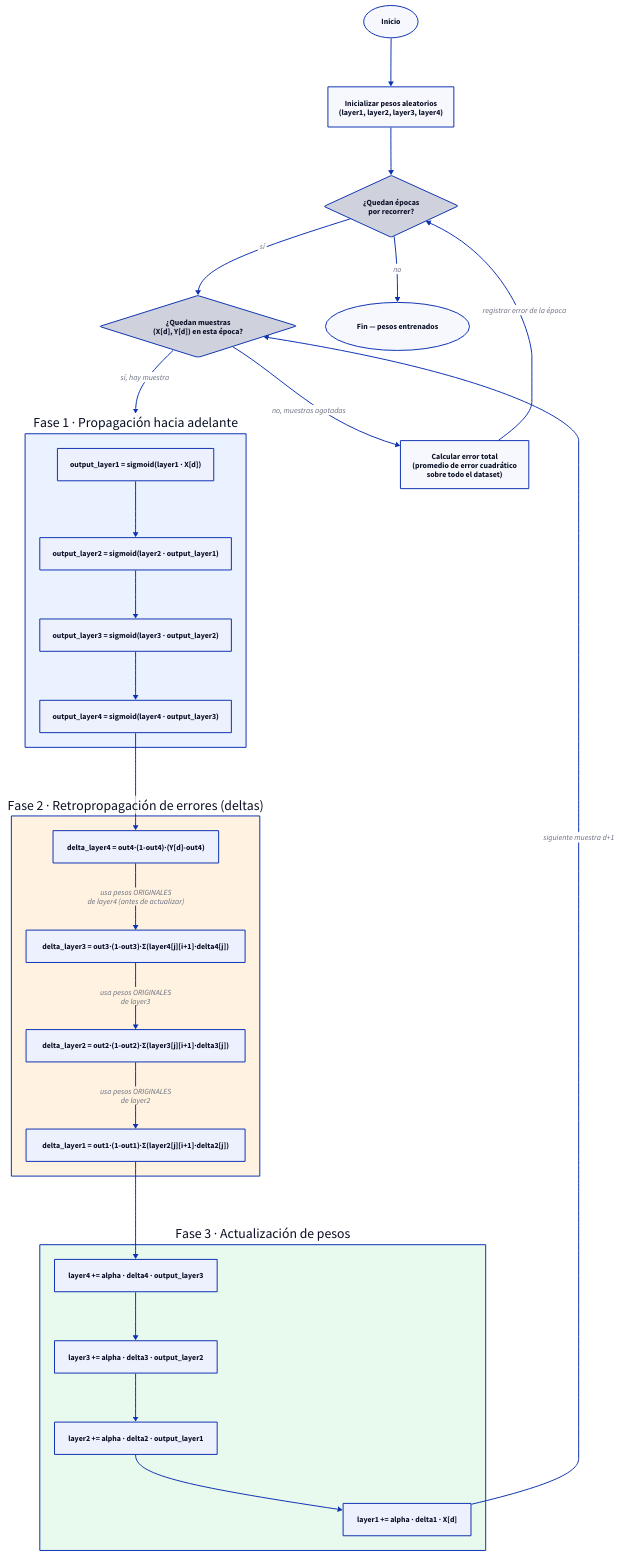
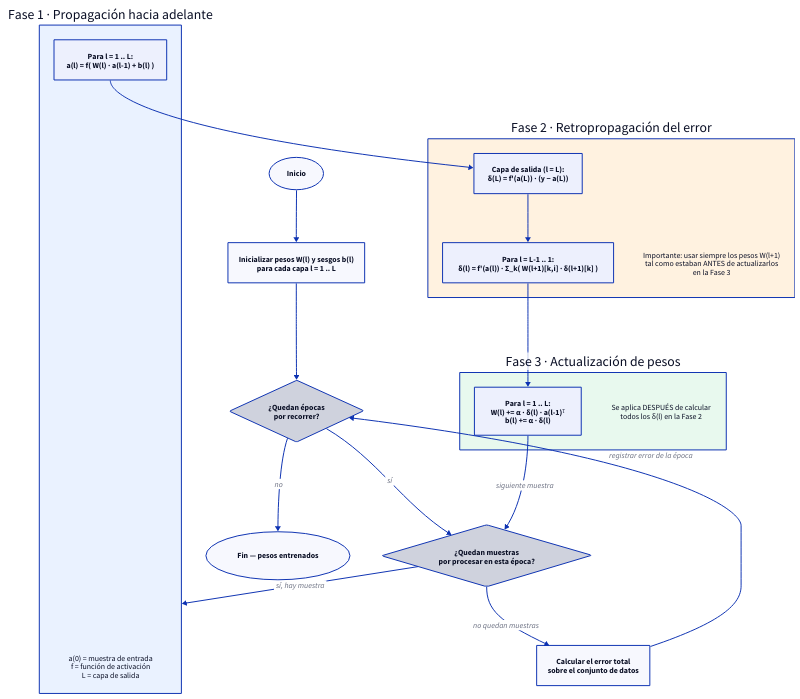
The diagram in 05_percepcion_multicapa/ejercicio_1/mlp.d2 (rafaga/ejercicios_mia), drawn with D2 before and after one commit. The commit also changed 6 other files, not shown here.

Commit message:
Actualiza el reporte del ejercicio 1 con respuestas a las preguntas sobre el rendimiento de redes multicapa en NumPy y Keras, incluyendo análisis de errores, diferencias en la implementación y evidencias de ejecución en Colab.

```diff
--- a/05_percepcion_multicapa/ejercicio_1/mlp.d2
+++ b/05_percepcion_multicapa/ejercicio_1/mlp.d2
@@ -1,49 +1,40 @@
 direction: down
 
 start: "Inicio" {shape: oval}
-init: "Inicializar pesos aleatorios\n(layer1, layer2, layer3, layer4)" {shape: rectangle}
+init: "Inicializar pesos W(l) y sesgos b(l)\npara cada capa l = 1 .. L" {shape: rectangle}
 
 epoch_check: "¿Quedan épocas\npor recorrer?" {shape: diamond}
-sample_check: "¿Quedan muestras\n(X[d], Y[d]) en esta época?" {shape: diamond}
+sample_check: "¿Quedan muestras\npor procesar en esta época?" {shape: diamond}
 
 forward: "Fase 1 · Propagación hacia adelante" {
   style.fill: "#eaf2ff"
-  l1: "output_layer1 = sigmoid(layer1 · X[d])"
-  l2: "output_layer2 = sigmoid(layer2 · output_layer1)"
-  l3: "output_layer3 = sigmoid(layer3 · output_layer2)"
-  l4: "output_layer4 = sigmoid(layer4 · output_layer3)"
-  l1 -> l2 -> l3 -> l4
+  step: "Para l = 1 .. L:\na(l) = f( W(l) · a(l-1) + b(l) )" {shape: rectangle}
+  note: "a(0) = muestra de entrada\nf = función de activación\nL = capa de salida" {shape: text}
 }
 
-backward: "Fase 2 · Retropropagación de errores (deltas)" {
+backward: "Fase 2 · Retropropagación del error" {
   style.fill: "#fff2e0"
-  d4: "delta_layer4 = out4·(1-out4)·(Y[d]-out4)"
-  d3: "delta_layer3 = out3·(1-out3)·Σ(layer4[j][i+1]·delta4[j])"
-  d2: "delta_layer2 = out2·(1-out2)·Σ(layer3[j][i+1]·delta3[j])"
-  d1: "delta_layer1 = out1·(1-out1)·Σ(layer2[j][i+1]·delta2[j])"
-  d4 -> d3: "usa pesos ORIGINALES\nde layer4 (antes de actualizar)"
-  d3 -> d2: "usa pesos ORIGINALES\nde layer3"
-  d2 -> d1: "usa pesos ORIGINALES\nde layer2"
+  out_delta: "Capa de salida (l = L):\nδ(L) = f'(a(L)) · (y − a(L))" {shape: rectangle}
+  hidden_delta: "Para l = L-1 .. 1:\nδ(l) = f'(a(l)) · Σ_k( W(l+1)[k,i] · δ(l+1)[k] )" {shape: rectangle}
+  note2: "Importante: usar siempre los pesos W(l+1)\ntal como estaban ANTES de actualizarlos\nen la Fase 3" {shape: text}
+  out_delta -> hidden_delta
 }
 
 update: "Fase 3 · Actualización de pesos" {
   style.fill: "#e8f9ee"
-  u4: "layer4 += alpha · delta4 · output_layer3"
-  u3: "layer3 += alpha · delta3 · output_layer2"
-  u2: "layer2 += alpha · delta2 · output_layer1"
-  u1: "layer1 += alpha · delta1 · X[d]"
-  u4 -> u3 -> u2 -> u1
+  step: "Para l = 1 .. L:\nW(l) += α · δ(l) · a(l-1)ᵀ\nb(l) += α · δ(l)" {shape: rectangle}
+  note3: "Se aplica DESPUÉS de calcular\ntodos los δ(l) en la Fase 2" {shape: text}
 }
 
-calc_error: "Calcular error total\n(promedio de error cuadrático\nsobre todo el dataset)" {shape: rectangle}
+calc_error: "Calcular el error total\nsobre el conjunto de datos" {shape: rectangle}
 finish: "Fin — pesos entrenados" {shape: oval}
 
 start -> init -> epoch_check
-epoch_check -> sample_check: sí
-sample_check -> forward: sí, hay muestra
-forward.l4 -> backward.d4
-backward.d1 -> update.u4
-update.u1 -> sample_check: siguiente muestra d+1
-sample_check -> calc_error: no, muestras agotadas
-calc_error -> epoch_check: registrar error de la época
-epoch_check -> finish: no
+epoch_check -> sample_check: "sí"
+sample_check -> forward: "sí, hay muestra"
+forward.step -> backward.out_delta
+backward.hidden_delta -> update.step
+update.step -> sample_check: "siguiente muestra"
+sample_check -> calc_error: "no quedan muestras"
+calc_error -> epoch_check: "registrar error de la época"
+epoch_check -> finish: "no"
```
